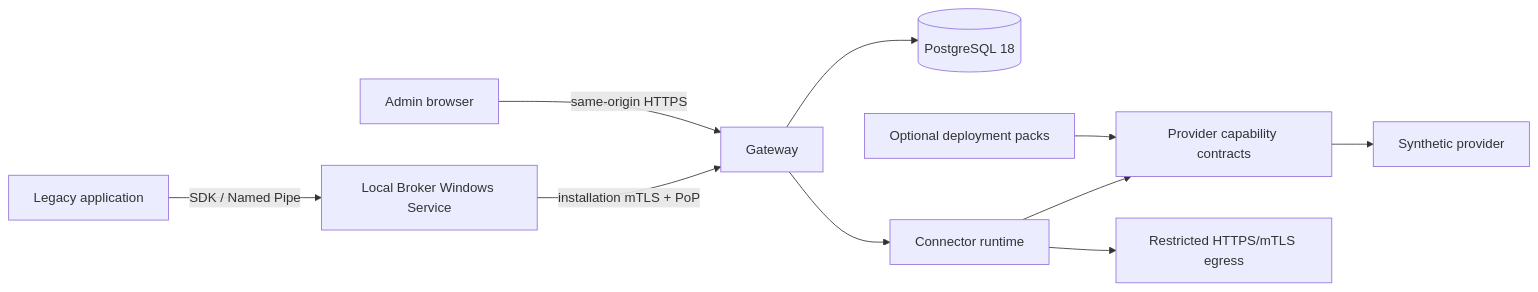
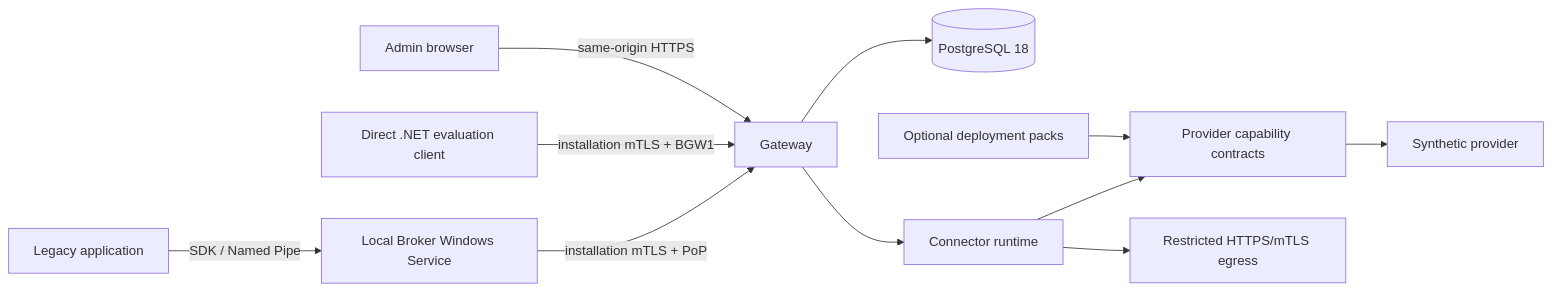
Before and after one commit to marcobiz/secure-integration-platform: the diagram in ARCHITECTURE.md, drawn with Mermaid. The commit also changed other lines of this file and 17 other files, not shown here.

Commit message:
docs(alpha): reconcile architecture security and deployment truth

````diff
--- a/ARCHITECTURE.md
+++ b/ARCHITECTURE.md
@@ -5,12 +5,13 @@
 ```mermaid
 flowchart LR
   L[Legacy application] -->|SDK / Named Pipe| B[Local Broker Windows Service]
   B -->|installation mTLS + PoP| G[Gateway]
+  D[Direct .NET evaluation client] -->|installation mTLS + BGW1| G
   A[Admin browser] -->|same-origin HTTPS| G
   G --> P[(PostgreSQL 18)]
   G --> R[Connector runtime]
   R --> V[Provider capability contracts]
   V --> S[Synthetic provider]
   R --> E[Restricted HTTPS/mTLS egress]
   DP[Optional deployment packs] --> V
 ```
````
